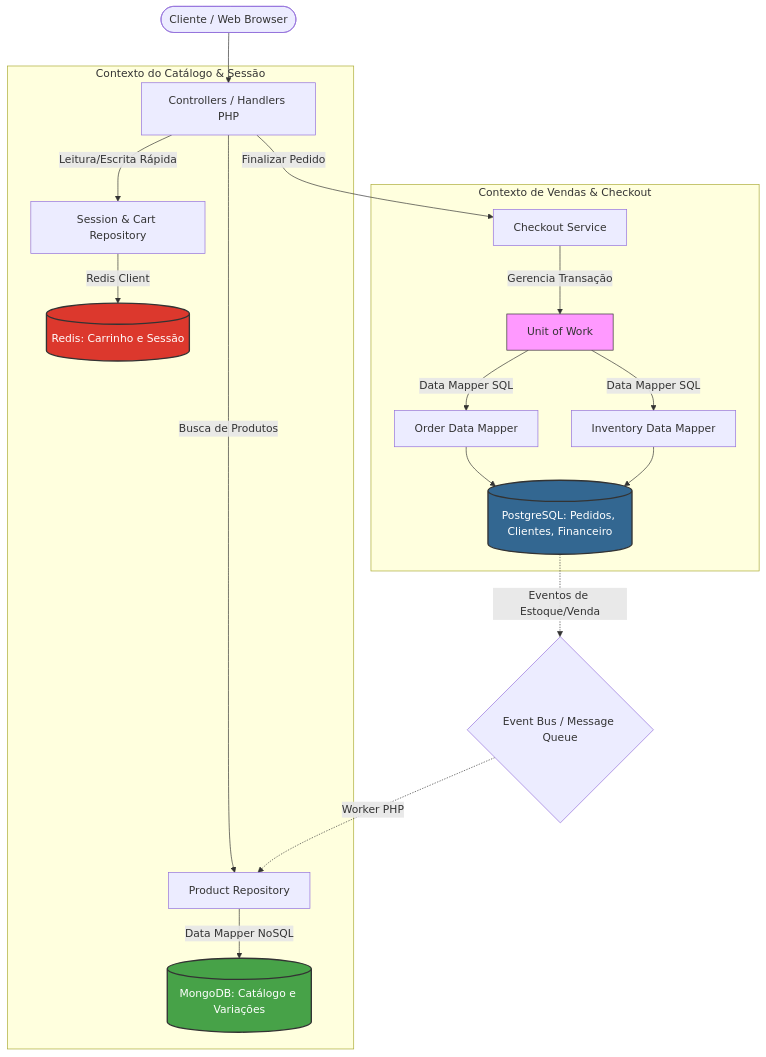
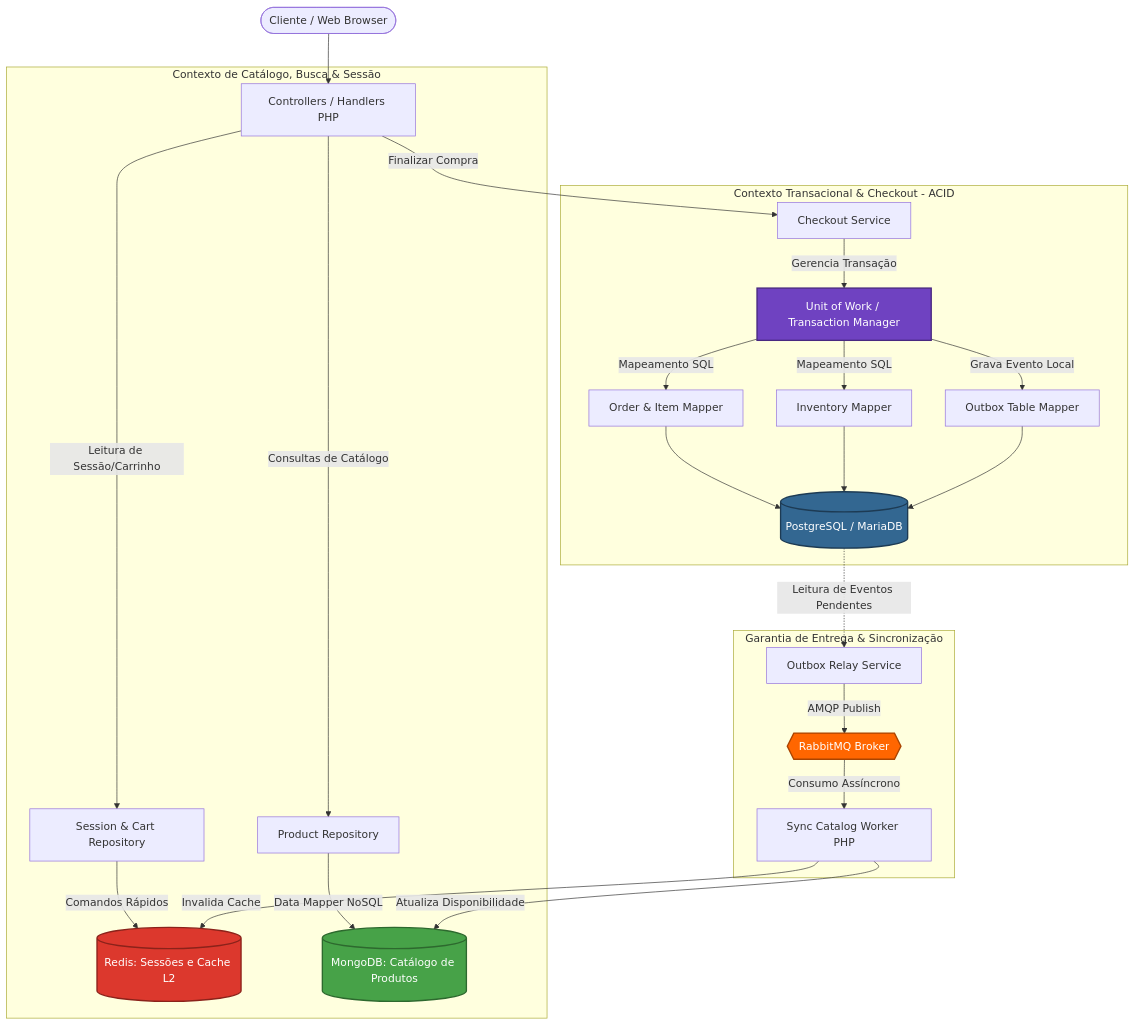
Before and after one commit to Wattrelos/Tutoriais: the diagram in databases/boas-praticas-uso-bd.md, drawn with Mermaid. The commit also changed other lines of this file, not shown here.

Commit message:
docs: expand database best practices tutorial with detailed polyglot persistence architecture and diagrams

````diff
--- a/databases/boas-praticas-uso-bd.md
+++ b/databases/boas-praticas-uso-bd.md
@@ -49,36 +251,44 @@
 ```mermaid
 graph TD
-    %% Cliente e Entrada
+    %% Entradas
     Client([Cliente / Web Browser]) --> Controllers[Controllers / Handlers PHP]
 
-    %% Contexto do Catálogo (NoSQL / Cache)
-    subgraph CatalogContext [Contexto do Catálogo & Sessão]
-        Controllers -->|Leitura/Escrita Rápida| SessionRepo[Session & Cart Repository]
-        Controllers -->|Busca de Produtos| ProductRepo[Product Repository]
-        
-        SessionRepo -->|Redis Client| Redis[(Redis: Carrinho e Sessão)]
-        ProductRepo -->|Data Mapper NoSQL| MongoDB[(MongoDB: Catálogo e Variações)]
+    %% Contexto do Catálogo & Sessão
+    subgraph Context_Catalogo [Contexto de Catálogo, Busca & Sessão]
+        Controllers -->|Leitura de Sessão/Carrinho| SessionRepo[Session & Cart Repository]
+        Controllers -->|Consultas de Catálogo| ProductRepo[Product Repository]
+
+        SessionRepo -->|Comandos Rápidos| Redis[(Redis: Sessões e Cache L2)]
+        ProductRepo -->|Data Mapper NoSQL| MongoDB[(MongoDB: Catálogo de Produtos)]
     end
 
-    %% Contexto de Vendas (Relacional / ACID)
-    subgraph SalesContext [Contexto de Vendas & Checkout]
-        Controllers -->|Finalizar Pedido| CheckoutService[Checkout Service]
-        CheckoutService -->|Gerencia Transação| UoW[Unit of Work]
-        
-        UoW -->|Data Mapper SQL| OrderMapper[Order Data Mapper]
-        UoW -->|Data Mapper SQL| InventoryMapper[Inventory Data Mapper]
-        
-        OrderMapper --> PostgreSQL[(PostgreSQL: Pedidos, Clientes, Financeiro)]
+    %% Contexto Transacional
+    subgraph Context_Vendas [Contexto Transacional & Checkout - ACID]
+        Controllers -->|Finalizar Compra| CheckoutService[Checkout Service]
+        CheckoutService -->|Gerencia Transação| UoW[Unit of Work / Transaction Manager]
+
+        UoW -->|Mapeamento SQL| OrderMapper[Order & Item Mapper]
+        UoW -->|Mapeamento SQL| InventoryMapper[Inventory Mapper]
+        UoW -->|Grava Evento Local| OutboxMapper[Outbox Table Mapper]
+
+        OrderMapper --> PostgreSQL[(PostgreSQL / MariaDB)]
         InventoryMapper --> PostgreSQL
+        OutboxMapper --> PostgreSQL
     end
 
-    %% Sincronização Assíncrona (Opcional para Evolução)
-    PostgreSQL -.->|Eventos de Estoque/Venda| EventBus{Event Bus / Message Queue}
-    EventBus -.->|Worker PHP| ProductRepo
+    %% Mensageria e Sincronização Assíncrona
+    subgraph Mensageria_Assincrona [Garantia de Entrega & Sincronização]
+        PostgreSQL -.->|Leitura de Eventos Pendentes| OutboxRelay[Outbox Relay Service]
+        OutboxRelay -->|AMQP Publish| RabbitMQ{{RabbitMQ Broker}}
+        RabbitMQ -->|Consumo Assíncrono| CatalogWorker[Sync Catalog Worker PHP]
+        CatalogWorker -->|Atualiza Disponibilidade| MongoDB
+        CatalogWorker -->|Invalida Cache| Redis
+    end
 
-    %% Estilização
-    style MongoDB fill:#47A248,stroke:#333,stroke-width:2px,color:#fff
-    style PostgreSQL fill:#336791,stroke:#333,stroke-width:2px,color:#fff
-    style Redis fill:#DC382D,stroke:#333,stroke-width:2px,color:#fff
-    style UoW fill:#f9f,stroke:#333,stroke-width:1px
+    %% Estilos visuais
+    style MongoDB fill:#47A248,stroke:#2d692e,stroke-width:2px,color:#fff
+    style PostgreSQL fill:#336791,stroke:#1d3b54,stroke-width:2px,color:#fff
+    style Redis fill:#DC382D,stroke:#8b221a,stroke-width:2px,color:#fff
+    style RabbitMQ fill:#FF6600,stroke:#aa4400,stroke-width:2px,color:#fff
+    style UoW fill:#6f42c1,stroke:#482880,stroke-width:2px,color:#fff
 ```
````
